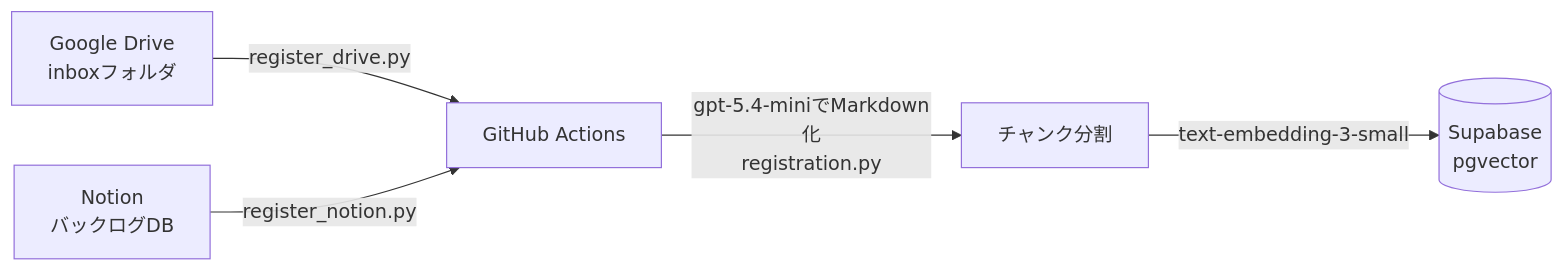
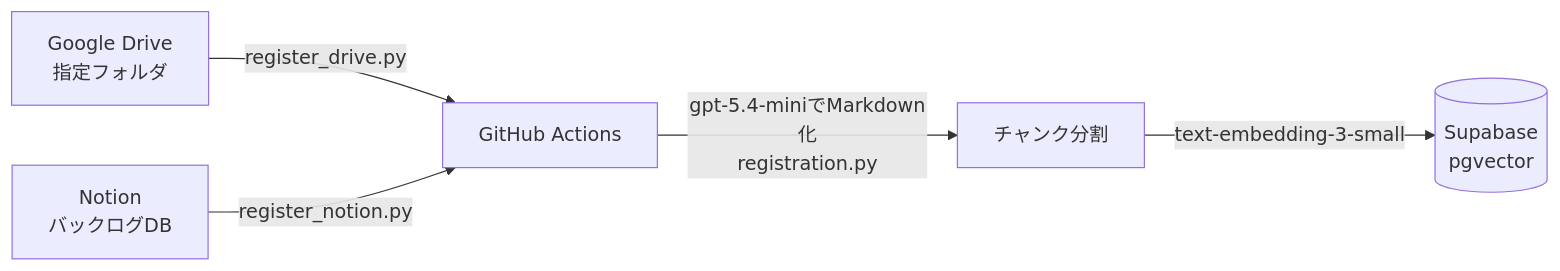
The first of 2 diagrams in README.md (bigshine777/campus-rag-librarian), drawn with Mermaid before and after one commit. The commit also changed 9 other files, not shown here.

````diff
--- a/README.md
+++ b/README.md
@@ -18,7 +18,7 @@
 ```mermaid
 flowchart LR
-    A[Google Drive<br/>inboxフォルダ] -->|register_drive.py| B[GitHub Actions]
+    A[Google Drive<br/>指定フォルダ] -->|register_drive.py| B[GitHub Actions]
     N[Notion<br/>バックログDB] -->|register_notion.py| B
     B -->|gpt-5.4-miniでMarkdown化<br/>registration.py| C[チャンク分割]
     C -->|text-embedding-3-small| D[(Supabase<br/>pgvector)]
 ```
````
